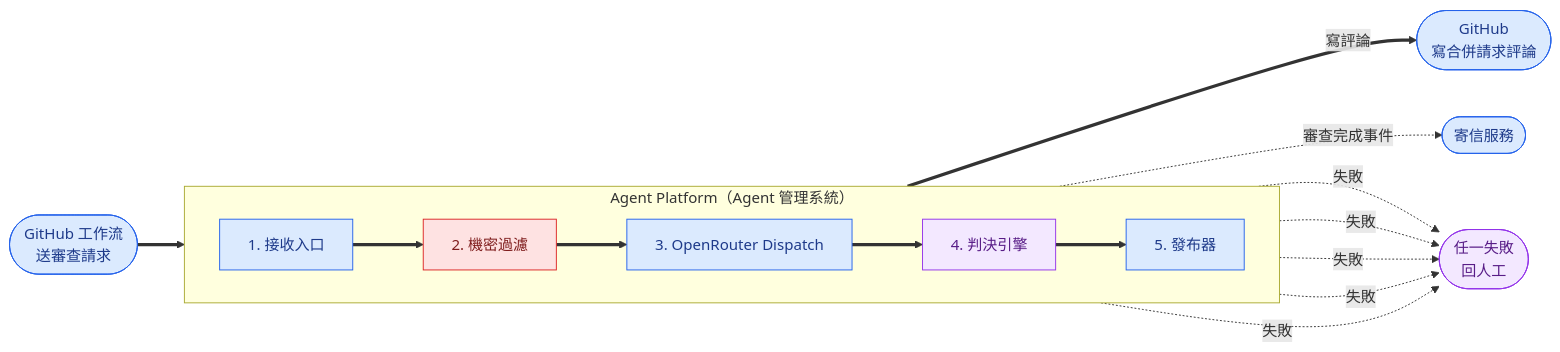
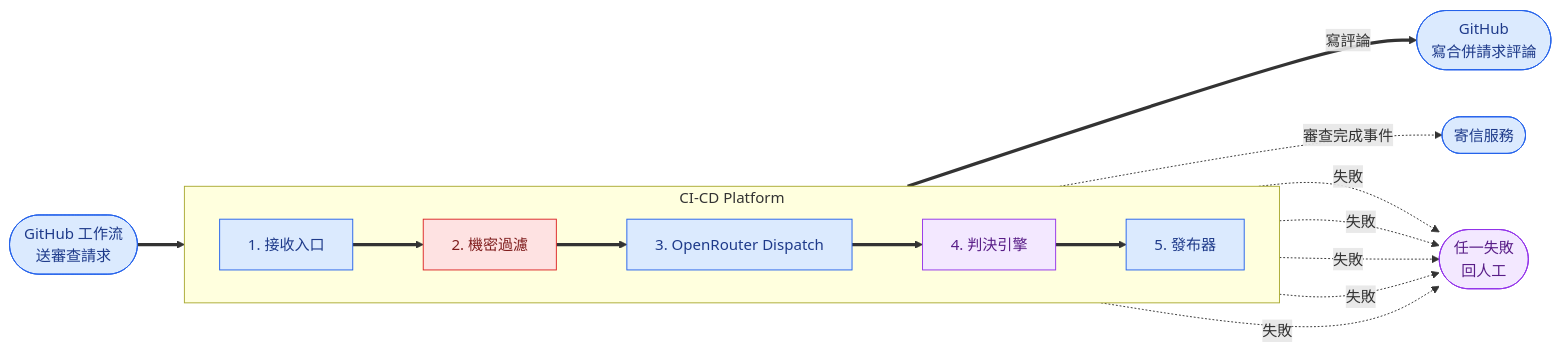
Before and after one commit to Jiaye-DF/AI-Spec: the second of 4 diagrams in Architecture/Auto-CI-CD/workflow-v1.1/workflow-v1.1.md, drawn with Mermaid. The commit also changed other lines of this file and 3 other files, not shown here.

````diff
--- a/Architecture/Auto-CI-CD/workflow-v1.1/workflow-v1.1.md
+++ b/Architecture/Auto-CI-CD/workflow-v1.1/workflow-v1.1.md
@@ -110,37 +110,37 @@
 ```mermaid
 %%{init: {'flowchart': {'htmlLabels': true, 'curve': 'basis'}} }%%
 flowchart LR
   Ext([GitHub 工作流<br>送審查請求]):::it
 
-  subgraph DSP[Agent Platform（Agent 管理系統）]
+  subgraph DSP[CI-CD Platform]
     direction LR
     M1[1. 接收入口]:::it
     M2[2. 機密過濾]:::critical
     M3[3. OpenRouter Dispatch]:::it
     M4[4. 判決引擎]:::shared
     M5[5. 發布器]:::it
   end
 
   GH([GitHub<br>寫合併請求評論]):::it
   Notifier([寄信服務]):::it
   Fail([任一失敗<br>回人工]):::shared
 
   Ext ==> M1
   M1 ==> M2
   M2 ==> M3
   M3 ==> M4
   M4 ==> M5
   M5 ==>|寫評論| GH
   M5 -.->|審查完成事件| Notifier
 
   M1 -.失敗.-> Fail
   M2 -.失敗.-> Fail
   M3 -.失敗.-> Fail
   M4 -.失敗.-> Fail
   M5 -.失敗.-> Fail
 
   classDef user fill:#dcfce7,stroke:#16a34a,color:#14532d
   classDef it fill:#dbeafe,stroke:#2563eb,color:#1e3a8a
   classDef shared fill:#f3e8ff,stroke:#9333ea,color:#581c87
   classDef critical fill:#fee2e2,stroke:#dc2626,color:#7f1d1d
 ```
````
